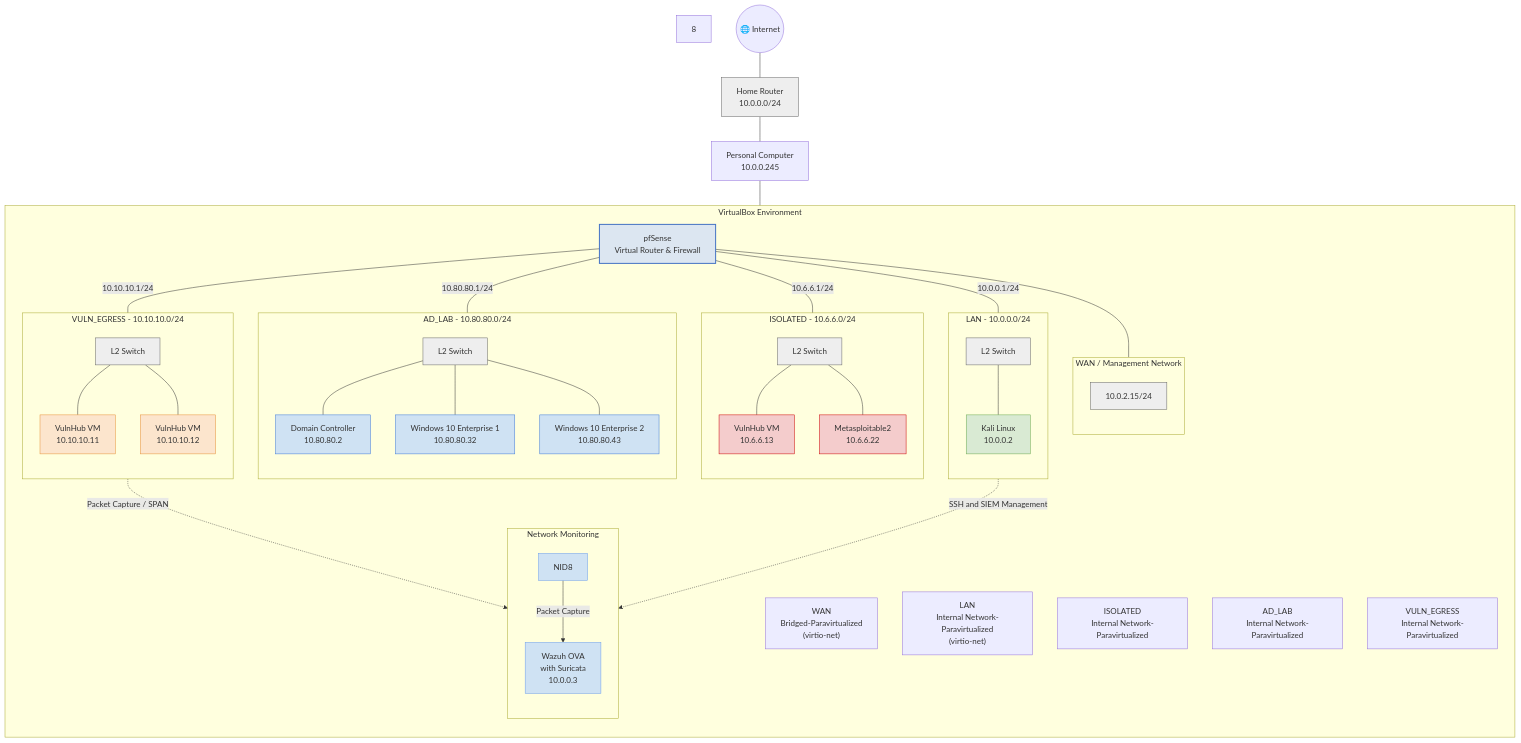
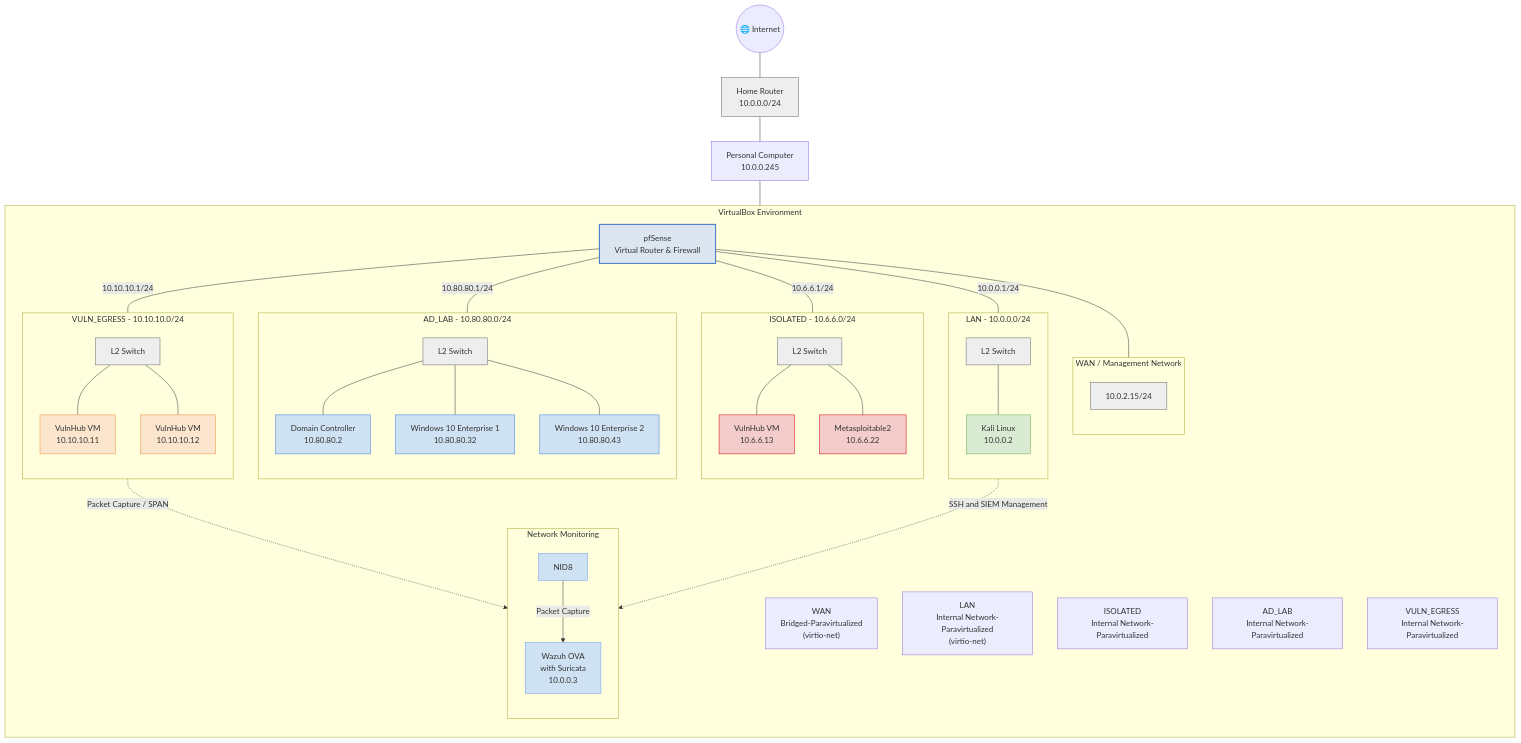
The diagram in README.md (lmattingly6/VirtualBox-siem-lab), drawn with Mermaid before and after one commit.

Commit message:
Fix formatting issues in README.md

```diff
--- a/README.md
+++ b/README.md
@@ -21,7 +21,7 @@
     Router["Home Router<br/>10.0.0.0/24"]
 
     Internet --- Router
-8
+
     PC["Personal Computer<br/>10.0.0.245"]
 
 
```
